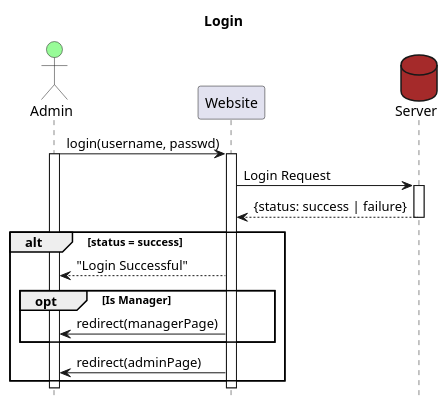
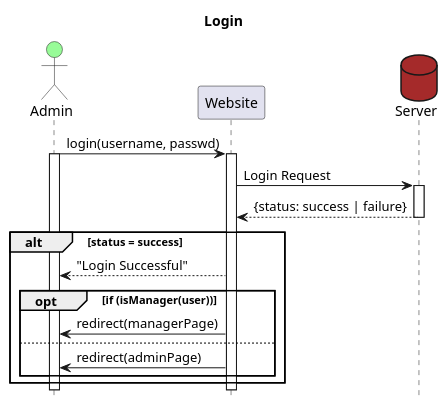
One commit to felixalbrigtsen/asura-tmdb changed the diagram in documentation/sequenceDiagramLogin.puml. Above: the diagram before and after it, drawn with PlantUML. The commit also changed 1 other file, not shown here.

Commit message:
slight updates to diagrams

```diff
--- a/documentation/sequenceDiagramLogin.puml
+++ b/documentation/sequenceDiagramLogin.puml
@@ -1,25 +1,26 @@
 @startuml Asura Tournament System
 title Login
 Actor Admin #palegreen
 participant Website
 database Server #brown
 hide footbox
 
     Admin->Website: login(username, passwd)
 activate Admin
 activate Website
     Website->Server: Login Request
 activate Server
     Server-->Website: {status: success | failure}
 deactivate Server
 alt status = success
     Website-->Admin: "Login Successful"
-opt Is Manager
+opt if (isManager(user))
     Website->Admin: redirect(managerPage)
+    else 
+        Website->Admin: redirect(adminPage)
 end
-Website->Admin: redirect(adminPage)
-' Website-->Admin: Login
+
 end
 deactivate Website
 deactivate Admin
 @enduml
```
